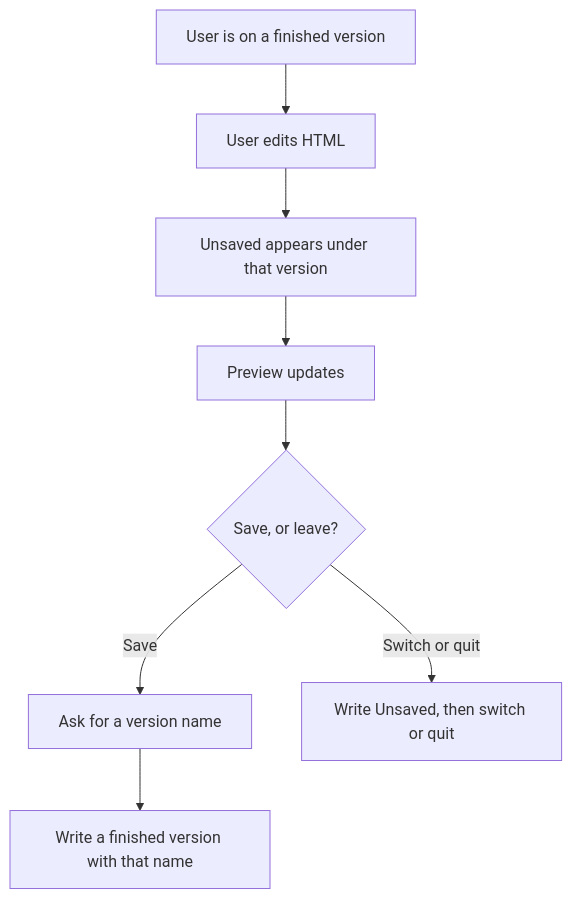
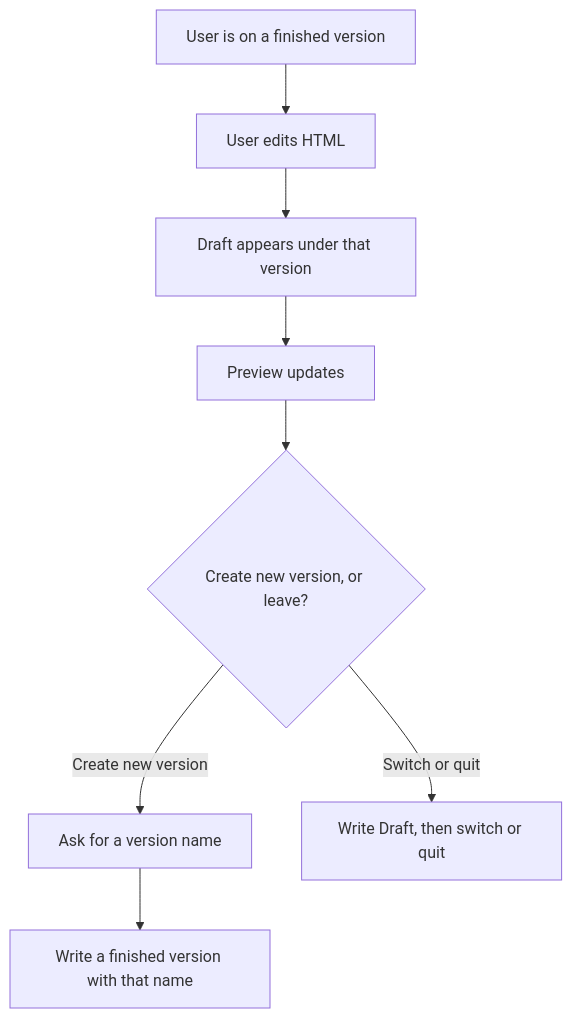
The eighth of 13 diagrams in docs/user-flows.md (IsmailBiswas/lines), drawn with Mermaid before and after one commit. The commit also changed other lines of this file and 17 other files, not shown here.

````diff
--- a/docs/user-flows.md
+++ b/docs/user-flows.md
@@ -164,15 +164,15 @@
 ```mermaid
 flowchart TD
   finished[User is on a finished version]
   types[User edits HTML]
-  mark[Unsaved appears under that version]
+  mark[Draft appears under that version]
   preview[Preview updates]
-  action{Save, or leave?}
+  action{Create new version, or leave?}
   name[Ask for a version name]
   finish[Write a finished version with that name]
-  leave[Write Unsaved, then switch or quit]
+  leave[Write Draft, then switch or quit]
 
   finished --> types --> mark --> preview --> action
-  action -->|Save| name --> finish
+  action -->|Create new version| name --> finish
   action -->|Switch or quit| leave
 ```
````
